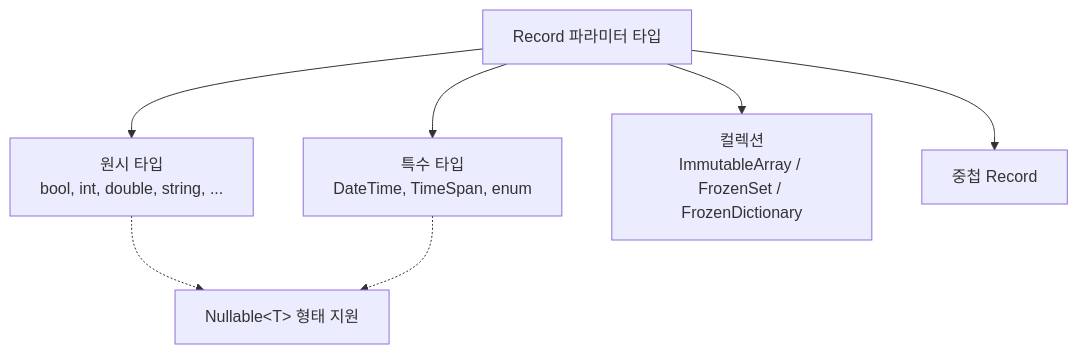
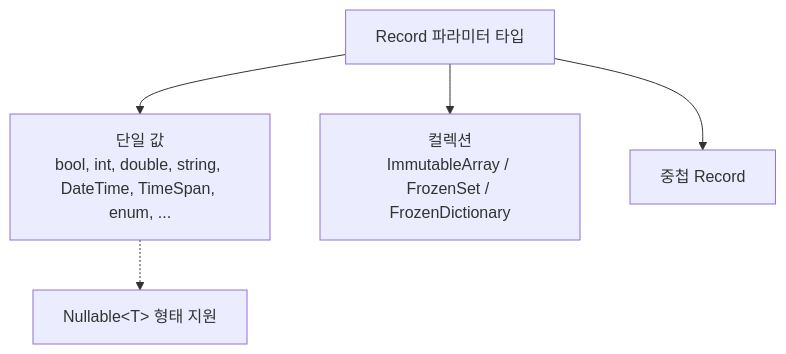
The diagram in Docs/ko/04-advanced/01-schemata.md (bluekms/StaticDataPipeline), drawn with Mermaid before and after one commit. The commit also changed other lines of this file and 12 other files, not shown here.

````diff
--- a/Docs/ko/04-advanced/01-schemata.md
+++ b/Docs/ko/04-advanced/01-schemata.md
@@ -21,16 +20,13 @@
 ```mermaid
 flowchart TB
     Root["Record 파라미터 타입"]
-    Primitive["원시 타입<br/>bool, int, double, string, ..."]
-    Special["특수 타입<br/>DateTime, TimeSpan, enum"]
+    Single["단일 값<br/>bool, int, double, string, DateTime, TimeSpan, enum, ..."]
     Collection["컬렉션<br/>ImmutableArray / FrozenSet / FrozenDictionary"]
     Nested["중첩 Record"]
 
-    Root --> Primitive
-    Root --> Special
+    Root --> Single
     Root --> Collection
     Root --> Nested
 
-    Primitive -.-> Nullable["Nullable&lt;T&gt; 형태 지원"]
-    Special -.-> Nullable
+    Single -.-> Nullable["Nullable&lt;T&gt; 형태 지원"]
 ```
````
